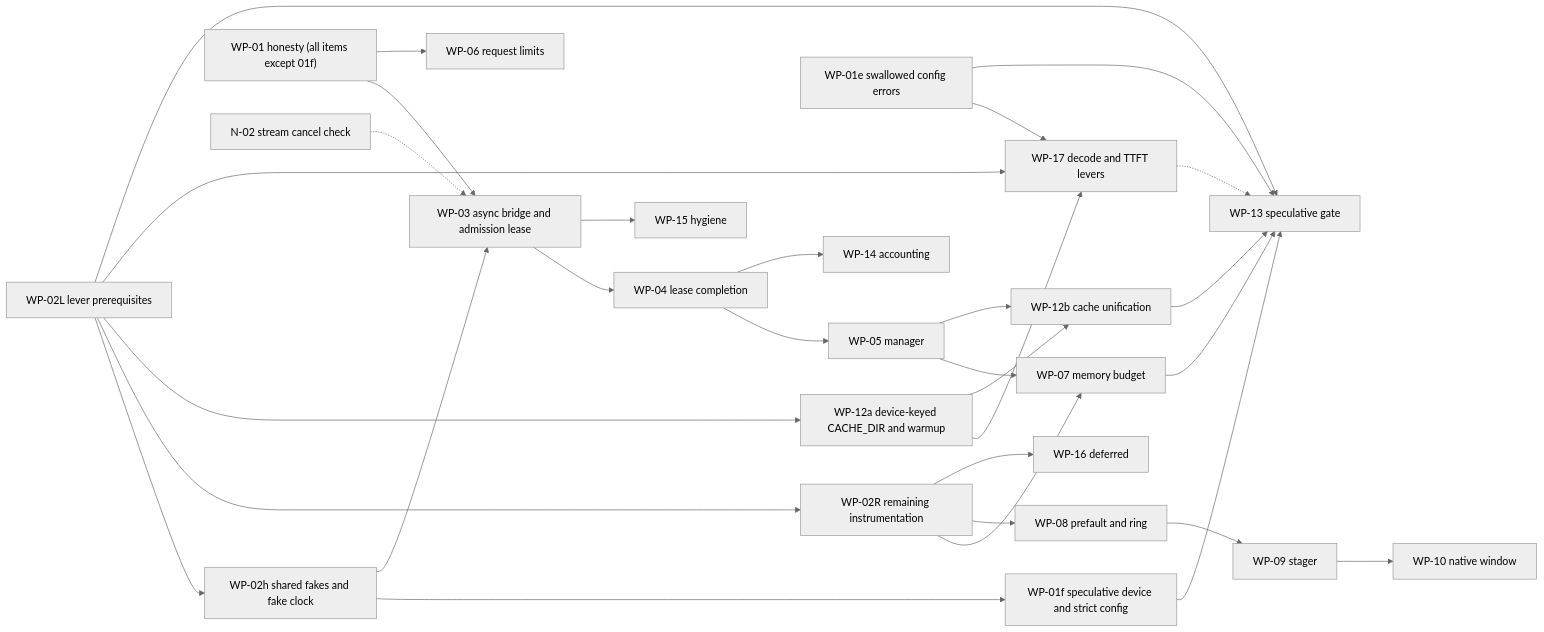
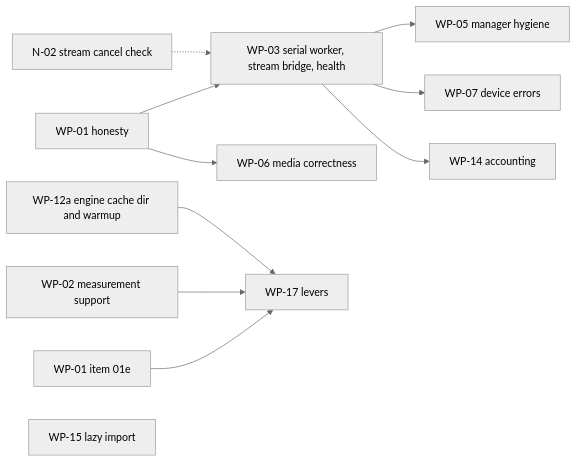
One commit to techdeveloper-org/intel-arc-models-runner changed the diagram in docs/plans/MASTER_PLAN_v4.md. Above: the diagram before and after it, drawn with Mermaid (neutral theme). The commit also changed other lines of this file and 3 other files, not shown here.

````diff
--- a/docs/plans/MASTER_PLAN_v4.md
+++ b/docs/plans/MASTER_PLAN_v4.md
@@ -1388,32 +1415,13 @@
 ```mermaid
 flowchart LR
-  WP02L["WP-02L lever prerequisites"] --> WP02h["WP-02h shared fakes and fake clock"]
-  WP02L --> WP02R["WP-02R remaining instrumentation"]
-  WP02h --> WP01f["WP-01f speculative device and strict config"]
-  WP02h --> WP03["WP-03 async bridge and admission lease"]
-  WP01["WP-01 honesty (all items except 01f)"] --> WP03
-  WP01 --> WP06["WP-06 request limits"]
-  WP01e["WP-01e swallowed config errors"] --> WP17
-  WP01e --> WP13
-  WP02L --> WP12a["WP-12a device-keyed CACHE_DIR and warmup"]
-  WP02L --> WP17["WP-17 decode and TTFT levers"]
-  WP12a --> WP17
-  WP02R --> WP07["WP-07 memory budget"]
+  WP01["WP-01 honesty"] --> WP03["WP-03 serial worker, stream bridge, health"]
+  WP01 --> WP06["WP-06 media correctness"]
+  WP01e["WP-01 item 01e"] --> WP17["WP-17 levers"]
+  WP02["WP-02 measurement support"] --> WP17
+  WP12a["WP-12a engine cache dir and warmup"] --> WP17
   N02["N-02 stream cancel check"] -.-> WP03
-  WP03 --> WP04["WP-04 lease completion"]
-  WP04 --> WP05["WP-05 manager"]
-  WP05 --> WP07
-  WP04 --> WP14["WP-14 accounting"]
-  WP05 --> WP12b["WP-12b cache unification"]
-  WP12a --> WP12b
-  WP12b --> WP13["WP-13 speculative gate"]
-  WP07 --> WP13
-  WP01f --> WP13
-  WP02L --> WP13
-  WP17 -.-> WP13
-  WP03 --> WP15["WP-15 hygiene"]
-  WP02R --> WP08["WP-08 prefault and ring"]
-  WP08 --> WP09["WP-09 stager"]
-  WP09 --> WP10["WP-10 native window"]
-  WP02R --> WP16["WP-16 deferred"]
+  WP03 --> WP05["WP-05 manager hygiene"]
+  WP03 --> WP07["WP-07 device errors"]
+  WP03 --> WP14["WP-14 accounting"]
+  WP15["WP-15 lazy import"]
 ```
````
